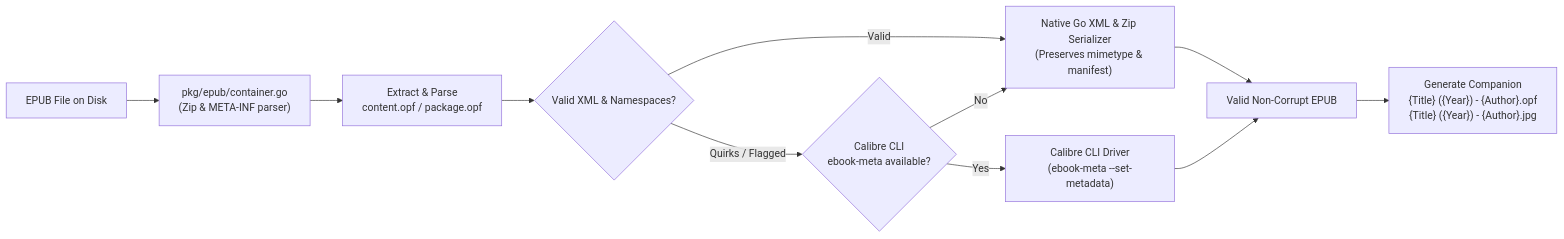
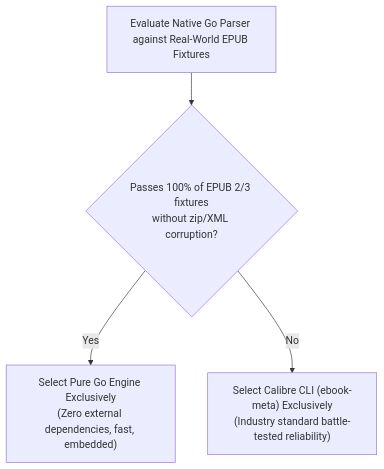
Before and after one commit to t0ggl/callimachus: the second of 5 diagrams in ARCHITECTURE.md, drawn with Mermaid. The commit also changed other lines of this file and 2 other files, not shown here.

Commit message:
docs: add comprehensive DATA_MODEL.md and clarify single-engine EPUB decision rule

````diff
--- a/ARCHITECTURE.md
+++ b/ARCHITECTURE.md
@@ -442,13 +449,6 @@
 ```mermaid
-flowchart LR
-    File["EPUB File on Disk"] --> Container["pkg/epub/container.go<br/>(Zip & META-INF parser)"]
-    Container --> OPFExtract["Extract & Parse<br/>content.opf / package.opf"]
-    OPFExtract --> SchemaCheck{"Valid XML & Namespaces?"}
-    SchemaCheck -- Valid --> NativeWriter["Native Go XML & Zip Serializer<br/>(Preserves mimetype & manifest)"]
-    SchemaCheck -- Quirks / Flagged --> CalibreCheck{"Calibre CLI<br/>ebook-meta available?"}
-    CalibreCheck -- Yes --> CLIWriter["Calibre CLI Driver<br/>(ebook-meta --set-metadata)"]
-    CalibreCheck -- No --> NativeWriter
-    NativeWriter --> TargetFile["Valid Non-Corrupt EPUB"]
-    CLIWriter --> TargetFile
-    TargetFile --> Sidecar["Generate Companion<br/>{Title} ({Year}) - {Author}.opf<br/>{Title} ({Year}) - {Author}.jpg"]
+flowchart TD
+    Start["Evaluate Native Go Parser against Real-World EPUB Fixtures"] --> TestRun{"Passes 100% of EPUB 2/3 fixtures<br/>without zip/XML corruption?"}
+    TestRun -- Yes --> NativeOnly["Select Pure Go Engine Exclusively<br/>(Zero external dependencies, fast, embedded)"]
+    TestRun -- No --> CalibreOnly["Select Calibre CLI (ebook-meta) Exclusively<br/>(Industry standard battle-tested reliability)"]
 ```
````
